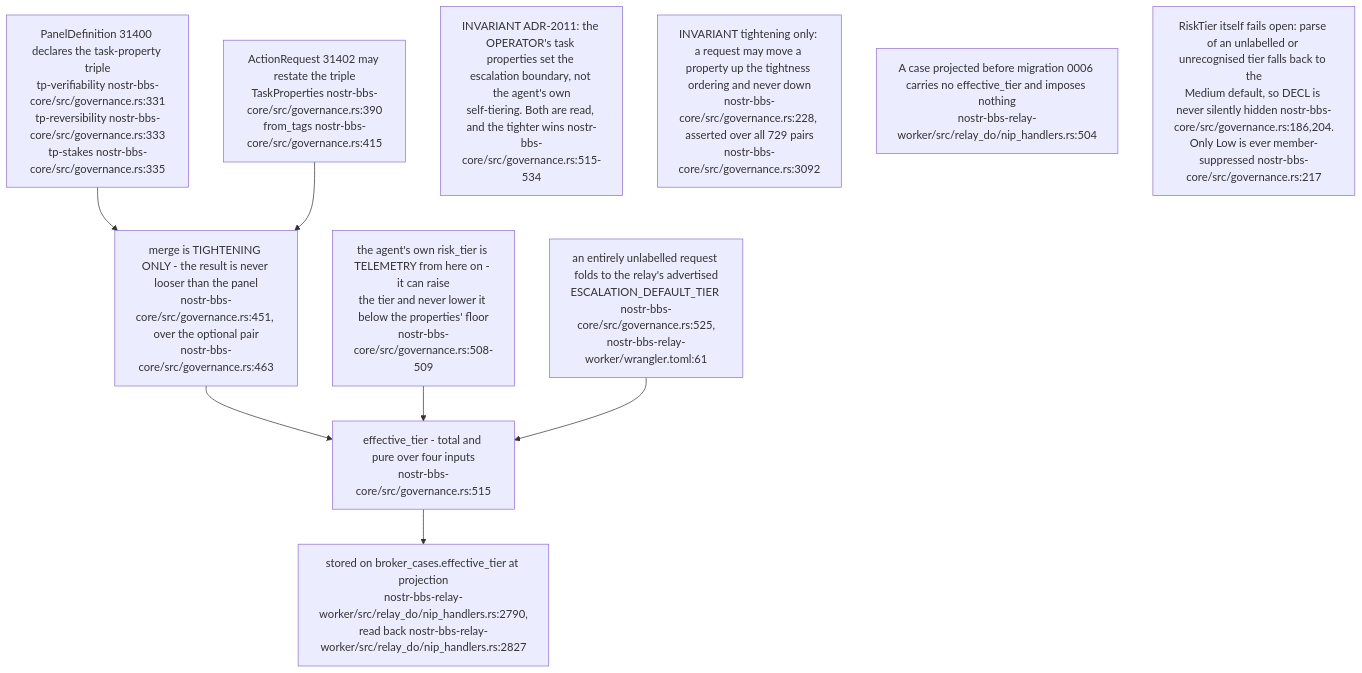
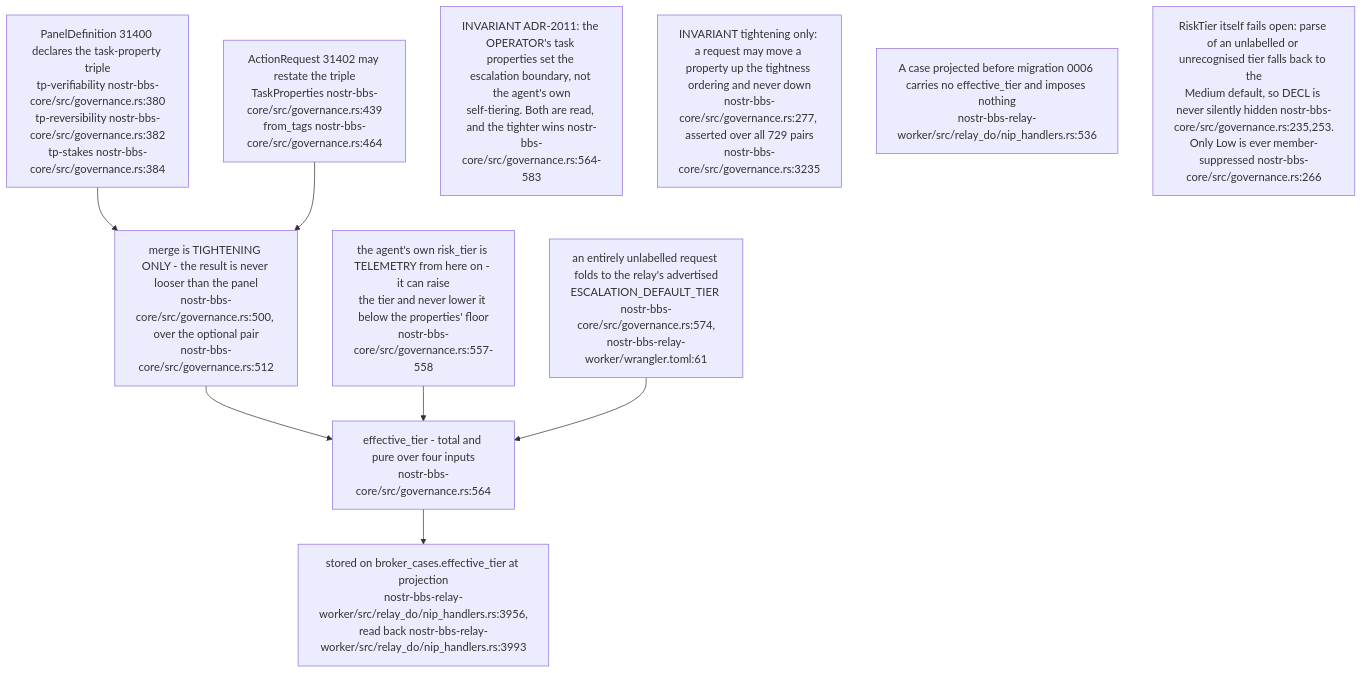
Before and after one commit to DreamLab-AI/VisionFlow: the tenth of 18 diagrams in docs/diagrams/nostr-rust-forum/06-agent-control-surface-31400-31405.md, drawn with Mermaid. The commit also changed other lines of this file, not shown here.

First line of the commit message:
docs(diagrams): NF-06 re-verified at nostr-rust-forum af4f0d5

````diff
--- a/docs/diagrams/nostr-rust-forum/06-agent-control-surface-31400-31405.md
+++ b/docs/diagrams/nostr-rust-forum/06-agent-control-surface-31400-31405.md
@@ -304,22 +304,22 @@
 ```mermaid
 flowchart TB
-    PANEL["PanelDefinition 31400 declares the task-property triple<br/>tp-verifiability nostr-bbs-core/src/governance.rs:331<br/>tp-reversibility nostr-bbs-core/src/governance.rs:333<br/>tp-stakes nostr-bbs-core/src/governance.rs:335"]
-    REQUEST["ActionRequest 31402 may restate the triple<br/>TaskProperties nostr-bbs-core/src/governance.rs:390<br/>from_tags nostr-bbs-core/src/governance.rs:415"]
-    MERGE["merge is TIGHTENING ONLY - the result is never looser than the panel<br/>nostr-bbs-core/src/governance.rs:451, over the optional pair<br/>nostr-bbs-core/src/governance.rs:463"]
-    TIER["effective_tier - total and pure over four inputs<br/>nostr-bbs-core/src/governance.rs:515"]
-    DECL["the agent's own risk_tier is TELEMETRY from here on - it can raise<br/>the tier and never lower it below the properties' floor<br/>nostr-bbs-core/src/governance.rs:508-509"]
-    DEF["an entirely unlabelled request folds to the relay's advertised<br/>ESCALATION_DEFAULT_TIER nostr-bbs-core/src/governance.rs:525,<br/>nostr-bbs-relay-worker/wrangler.toml:61"]
-    STORE["stored on broker_cases.effective_tier at projection<br/>nostr-bbs-relay-worker/src/relay_do/nip_handlers.rs:2790,<br/>read back nostr-bbs-relay-worker/src/relay_do/nip_handlers.rs:2827"]
+    PANEL["PanelDefinition 31400 declares the task-property triple<br/>tp-verifiability nostr-bbs-core/src/governance.rs:380<br/>tp-reversibility nostr-bbs-core/src/governance.rs:382<br/>tp-stakes nostr-bbs-core/src/governance.rs:384"]
+    REQUEST["ActionRequest 31402 may restate the triple<br/>TaskProperties nostr-bbs-core/src/governance.rs:439<br/>from_tags nostr-bbs-core/src/governance.rs:464"]
+    MERGE["merge is TIGHTENING ONLY - the result is never looser than the panel<br/>nostr-bbs-core/src/governance.rs:500, over the optional pair<br/>nostr-bbs-core/src/governance.rs:512"]
+    TIER["effective_tier - total and pure over four inputs<br/>nostr-bbs-core/src/governance.rs:564"]
+    DECL["the agent's own risk_tier is TELEMETRY from here on - it can raise<br/>the tier and never lower it below the properties' floor<br/>nostr-bbs-core/src/governance.rs:557-558"]
+    DEF["an entirely unlabelled request folds to the relay's advertised<br/>ESCALATION_DEFAULT_TIER nostr-bbs-core/src/governance.rs:574,<br/>nostr-bbs-relay-worker/wrangler.toml:61"]
+    STORE["stored on broker_cases.effective_tier at projection<br/>nostr-bbs-relay-worker/src/relay_do/nip_handlers.rs:3956,<br/>read back nostr-bbs-relay-worker/src/relay_do/nip_handlers.rs:3993"]
 
     PANEL --> MERGE
     REQUEST --> MERGE
     MERGE --> TIER
     DECL --> TIER
     DEF --> TIER
     TIER --> STORE
 
-    N1["INVARIANT ADR-2011: the OPERATOR's task properties set the escalation boundary, not the agent's own<br/>self-tiering. Both are read, and the tighter wins nostr-bbs-core/src/governance.rs:515-534"]
-    N2["INVARIANT tightening only: a request may move a property up the tightness ordering and never down<br/>nostr-bbs-core/src/governance.rs:228, asserted over all 729 pairs<br/>nostr-bbs-core/src/governance.rs:3092"]
-    N3["A case projected before migration 0006 carries no effective_tier and imposes nothing<br/>nostr-bbs-relay-worker/src/relay_do/nip_handlers.rs:504"]
-    N4["RiskTier itself fails open: parse of an unlabelled or unrecognised tier falls back to the<br/>Medium default, so DECL is never silently hidden nostr-bbs-core/src/governance.rs:186,204.<br/>Only Low is ever member-suppressed nostr-bbs-core/src/governance.rs:217"]
+    N1["INVARIANT ADR-2011: the OPERATOR's task properties set the escalation boundary, not the agent's own<br/>self-tiering. Both are read, and the tighter wins nostr-bbs-core/src/governance.rs:564-583"]
+    N2["INVARIANT tightening only: a request may move a property up the tightness ordering and never down<br/>nostr-bbs-core/src/governance.rs:277, asserted over all 729 pairs<br/>nostr-bbs-core/src/governance.rs:3235"]
+    N3["A case projected before migration 0006 carries no effective_tier and imposes nothing<br/>nostr-bbs-relay-worker/src/relay_do/nip_handlers.rs:536"]
+    N4["RiskTier itself fails open: parse of an unlabelled or unrecognised tier falls back to the<br/>Medium default, so DECL is never silently hidden nostr-bbs-core/src/governance.rs:235,253.<br/>Only Low is ever member-suppressed nostr-bbs-core/src/governance.rs:266"]
 ```
````
